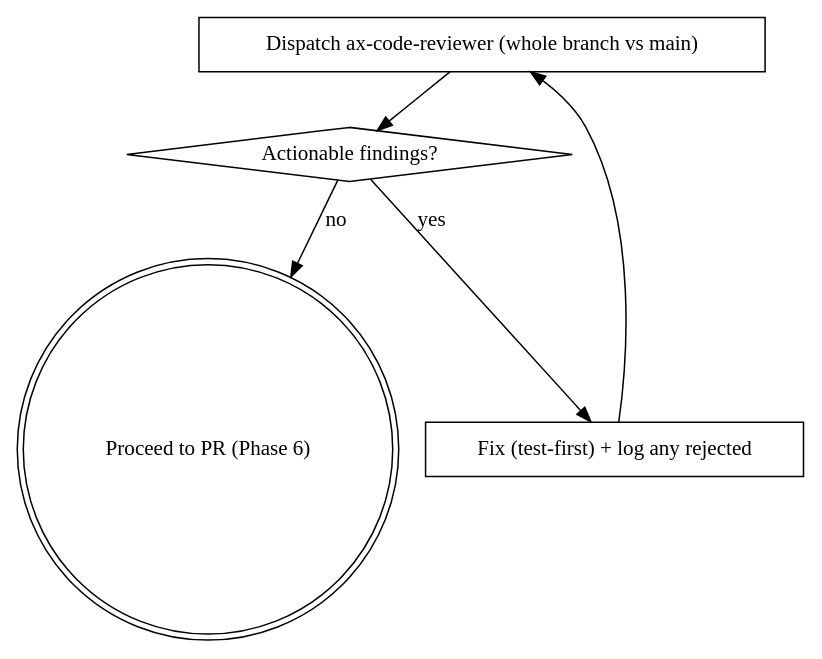
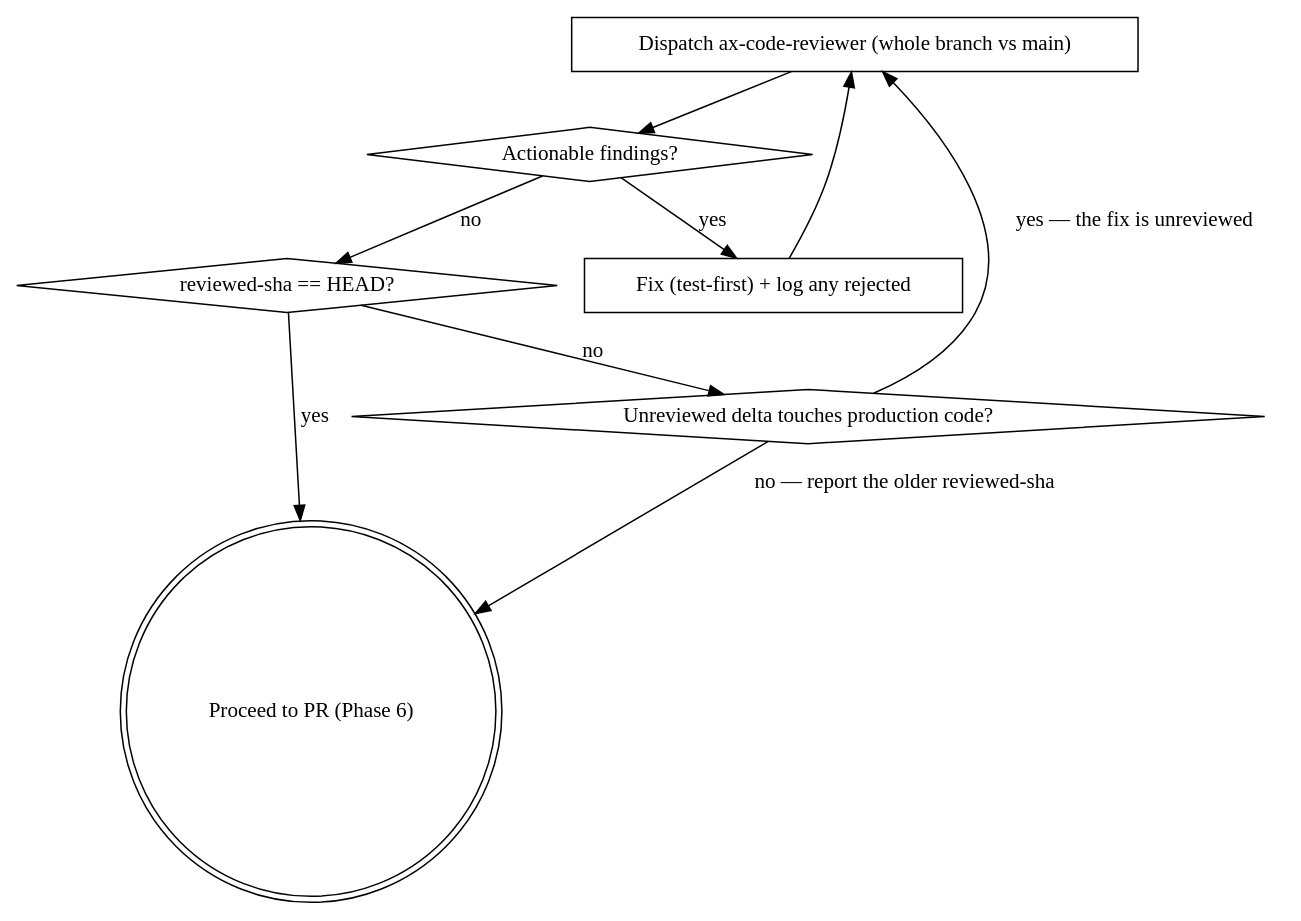
One commit to project-ax/ax-next changed the first of 2 diagrams in .claude/skills/yolo-ship/SKILL.md. Above: the diagram before and after it, drawn with Graphviz. The commit also changed other lines of this file and 6 other files, not shown here.

````diff
--- a/.claude/skills/yolo-ship/SKILL.md
+++ b/.claude/skills/yolo-ship/SKILL.md
@@ -135,13 +135,19 @@
 ```dot
 digraph review {
     "Dispatch ax-code-reviewer (whole branch vs main)" [shape=box];
     "Actionable findings?" [shape=diamond];
     "Fix (test-first) + log any rejected" [shape=box];
+    "reviewed-sha == HEAD?" [shape=diamond];
+    "Unreviewed delta touches production code?" [shape=diamond];
     "Proceed to PR (Phase 6)" [shape=doublecircle];
 
     "Dispatch ax-code-reviewer (whole branch vs main)" -> "Actionable findings?";
     "Actionable findings?" -> "Fix (test-first) + log any rejected" [label="yes"];
     "Fix (test-first) + log any rejected" -> "Dispatch ax-code-reviewer (whole branch vs main)";
-    "Actionable findings?" -> "Proceed to PR (Phase 6)" [label="no"];
+    "Actionable findings?" -> "reviewed-sha == HEAD?" [label="no"];
+    "reviewed-sha == HEAD?" -> "Proceed to PR (Phase 6)" [label="yes"];
+    "reviewed-sha == HEAD?" -> "Unreviewed delta touches production code?" [label="no"];
+    "Unreviewed delta touches production code?" -> "Dispatch ax-code-reviewer (whole branch vs main)" [label="yes — the fix is unreviewed"];
+    "Unreviewed delta touches production code?" -> "Proceed to PR (Phase 6)" [label="no — report the older reviewed-sha"];
 }
 ```
````
